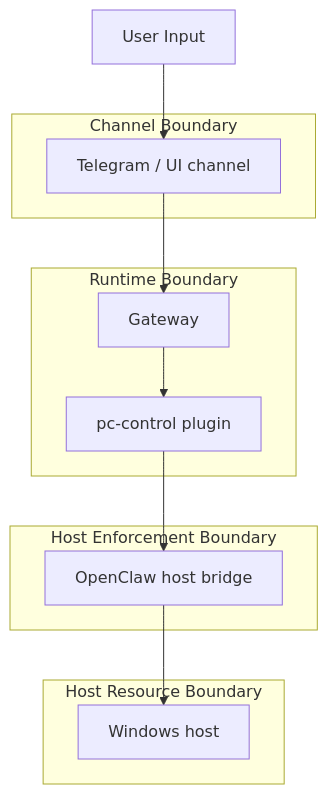
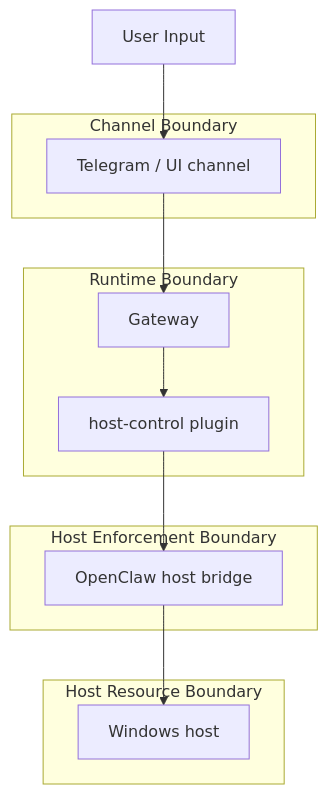
Before and after one commit to mfshaf7/openclaw-isolated-deployment: the second of 5 diagrams in docs/architecture-overview.md, drawn with Mermaid. The commit also changed other lines of this file and 31 other files, not shown here.

Commit message:
refactor: rename host capability to host-control

````diff
--- a/docs/architecture-overview.md
+++ b/docs/architecture-overview.md
@@ -108,28 +108,28 @@
 ```mermaid
 flowchart TD
     U[User Input]
     C[Telegram / UI channel]
     G[Gateway]
-    P[pc-control plugin]
+    P[host-control plugin]
     B[OpenClaw host bridge]
     H[Windows host]
 
     U --> C --> G --> P --> B --> H
 
     subgraph Boundary1[Channel Boundary]
       C
     end
 
     subgraph Boundary2[Runtime Boundary]
       G
       P
     end
 
     subgraph Boundary3[Host Enforcement Boundary]
       B
     end
 
     subgraph Boundary4[Host Resource Boundary]
       H
     end
 ```
````
